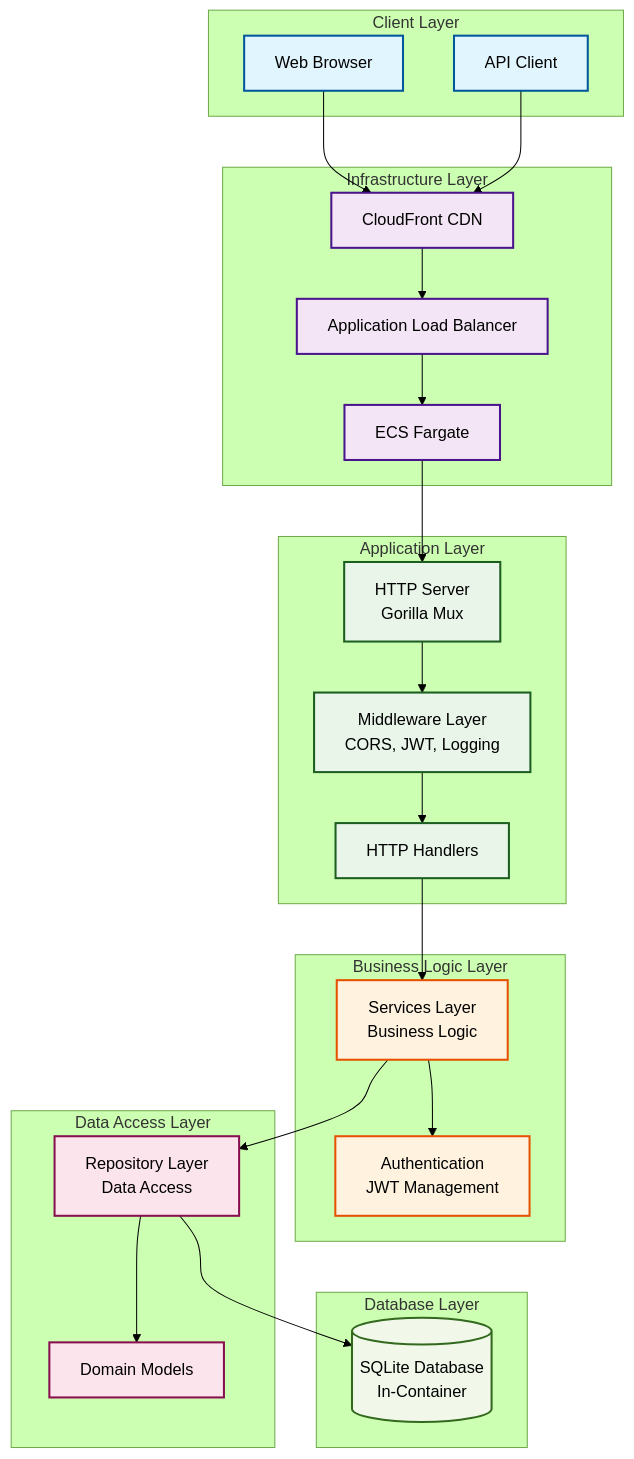
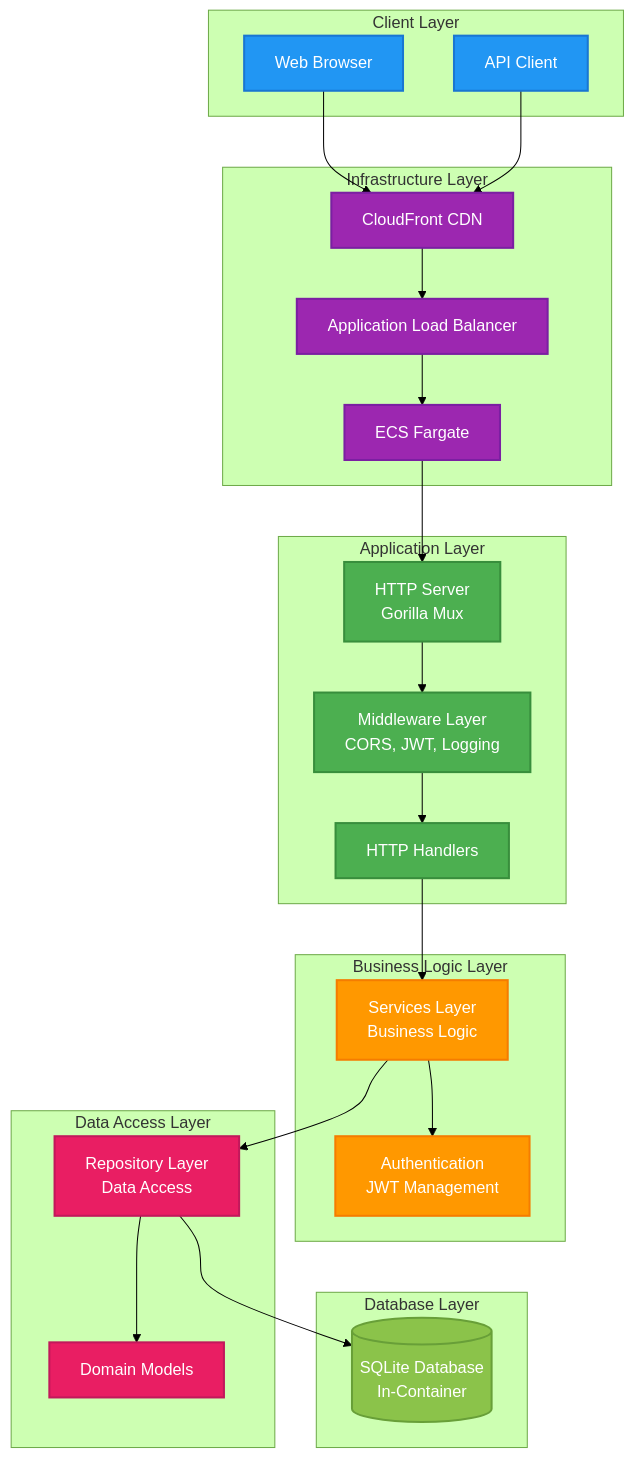
One commit to Hands-On-Vibe-Coding/realworld-vibe-coding changed the first of 2 diagrams in backend/README.md. Above: the diagram before and after it, drawn with Mermaid (forest theme). The commit also changed 1 other file, not shown here.

Commit message:
fix: improve mermaid diagram colors for dark/light mode compatibility
- Update backend README architecture diagram colors
- Update frontend README architecture and component diagram colors
- Fix mermaid parse error by renaming 'style' class to 'styling'
- Use white text on darker backgrounds for better readability
- Ensure diagrams work well in both dark and light modes

````diff
--- a/backend/README.md
+++ b/backend/README.md
@@ -9,60 +9,60 @@
 ```mermaid
 graph TB
     subgraph "Client Layer"
         WEB[Web Browser]
         API_CLIENT[API Client]
     end
     
     subgraph "Infrastructure Layer"
         CF[CloudFront CDN]
         ALB[Application Load Balancer]
         ECS[ECS Fargate]
     end
     
     subgraph "Application Layer"
         HTTP[HTTP Server<br/>Gorilla Mux]
         MIDDLEWARE[Middleware Layer<br/>CORS, JWT, Logging]
         HANDLERS[HTTP Handlers]
     end
     
     subgraph "Business Logic Layer"
         SERVICES[Services Layer<br/>Business Logic]
         AUTH[Authentication<br/>JWT Management]
     end
     
     subgraph "Data Access Layer"
         REPOS[Repository Layer<br/>Data Access]
         MODELS[Domain Models]
     end
     
     subgraph "Database Layer"
         SQLITE[(SQLite Database<br/>In-Container)]
     end
     
     WEB --> CF
     API_CLIENT --> CF
     CF --> ALB
     ALB --> ECS
     ECS --> HTTP
     HTTP --> MIDDLEWARE
     MIDDLEWARE --> HANDLERS
     HANDLERS --> SERVICES
     SERVICES --> AUTH
     SERVICES --> REPOS
     REPOS --> MODELS
     REPOS --> SQLITE
     
-    classDef client fill:#e1f5fe,stroke:#01579b,stroke-width:2px,color:#000
-    classDef infra fill:#f3e5f5,stroke:#4a148c,stroke-width:2px,color:#000
-    classDef app fill:#e8f5e8,stroke:#1b5e20,stroke-width:2px,color:#000
-    classDef business fill:#fff3e0,stroke:#e65100,stroke-width:2px,color:#000
-    classDef data fill:#fce4ec,stroke:#880e4f,stroke-width:2px,color:#000
-    classDef database fill:#f1f8e9,stroke:#33691e,stroke-width:2px,color:#000
+    classDef client fill:#2196f3,stroke:#1976d2,stroke-width:2px,color:#ffffff
+    classDef infra fill:#9c27b0,stroke:#7b1fa2,stroke-width:2px,color:#ffffff
+    classDef app fill:#4caf50,stroke:#388e3c,stroke-width:2px,color:#ffffff
+    classDef business fill:#ff9800,stroke:#f57c00,stroke-width:2px,color:#ffffff
+    classDef data fill:#e91e63,stroke:#c2185b,stroke-width:2px,color:#ffffff
+    classDef database fill:#8bc34a,stroke:#689f38,stroke-width:2px,color:#ffffff
     
     class WEB,API_CLIENT client
     class CF,ALB,ECS infra
     class HTTP,MIDDLEWARE,HANDLERS app
     class SERVICES,AUTH business
     class REPOS,MODELS data
     class SQLITE database
 ```
````
